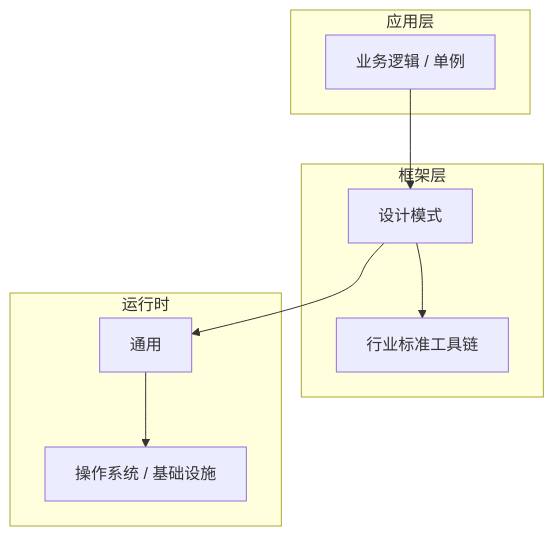
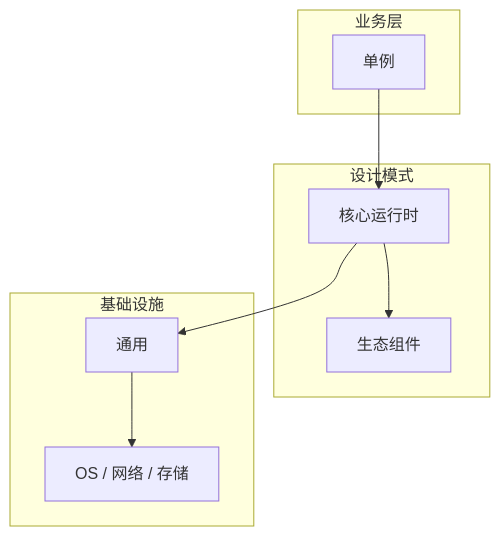
Before and after one commit to yanggan2015/knowledge-json-v2: the diagram in articles/设计模式/chapters/009-单例核心概念与原理.md, drawn with Mermaid. The commit also changed other lines of this file and 10127 other files, not shown here.

````diff
--- a/articles/设计模式/chapters/009-单例核心概念与原理.md
+++ b/articles/设计模式/chapters/009-单例核心概念与原理.md
@@ -45,18 +34,18 @@
 ```mermaid
 graph TB
-    subgraph 应用层
-        A[业务逻辑 / 单例]
+    subgraph 业务层
+        A[单例]
     end
-    subgraph 框架层
-        B[设计模式]
-        C[行业标准工具链]
+    subgraph 设计模式
+        B[核心运行时]
+        C[生态组件]
     end
-    subgraph 运行时
+    subgraph 基础设施
         D[通用]
-        E[操作系统 / 基础设施]
+        E[OS / 网络 / 存储]
     end
     A --> B
     B --> C
     B --> D
     D --> E
 ```
````
